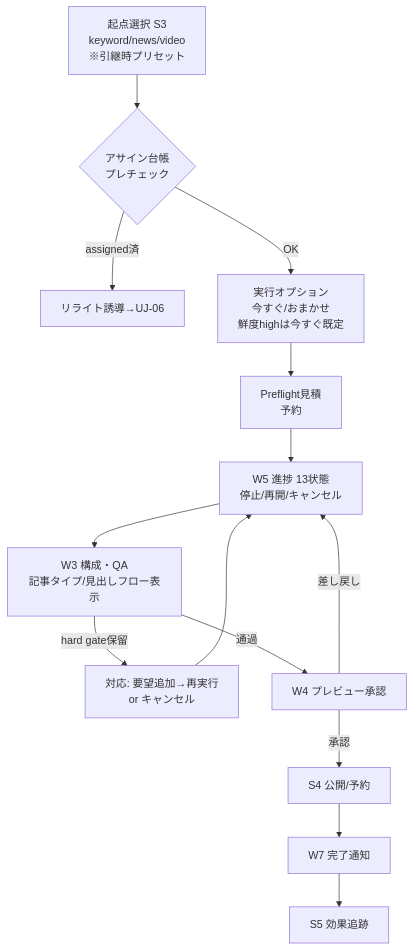
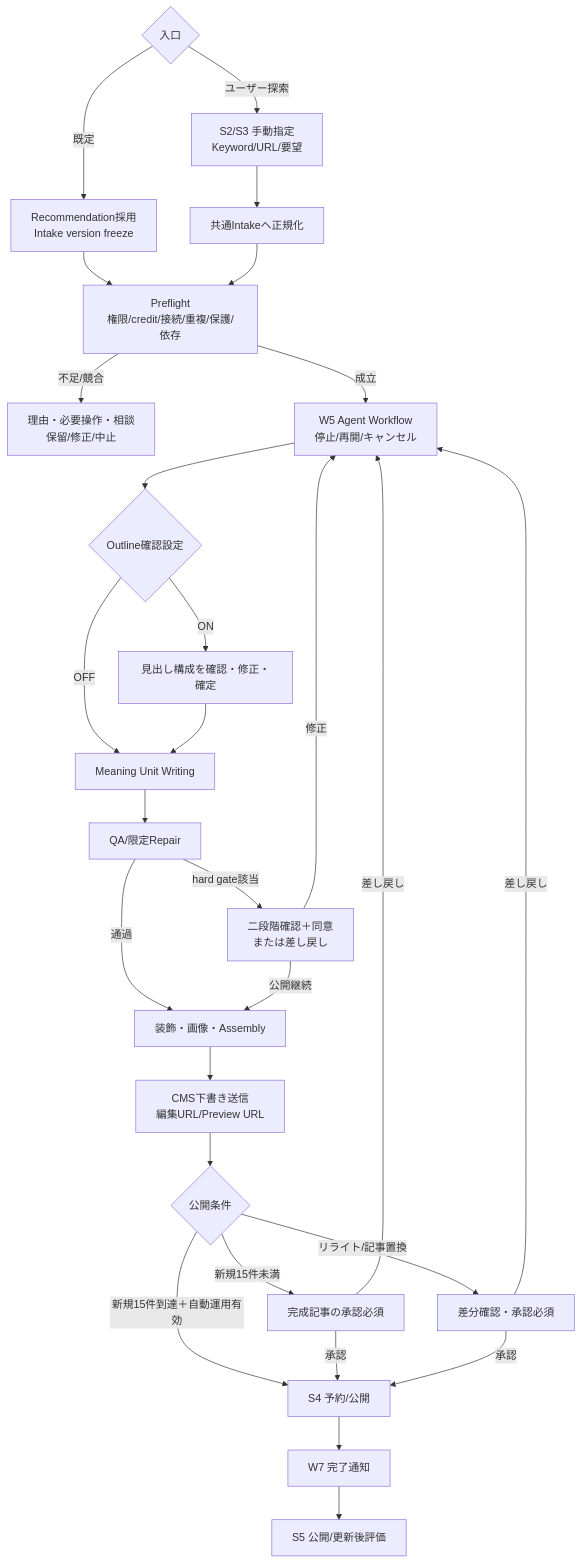
The eighth of 13 diagrams in docs/design/ai-office-de-seo/L3-ui-prototype/ai-office-de-seo-screen-flow_v3.7.md (unison-ai-product/AI-Office-de-SEO), drawn with Mermaid before and after one commit. The commit also changed other lines of this file and 1 other file, not shown here.

Commit message:
align screen flows with current seo lifecycle

````diff
--- a/docs/design/ai-office-de-seo/L3-ui-prototype/ai-office-de-seo-screen-flow_v3.7.md
+++ b/docs/design/ai-office-de-seo/L3-ui-prototype/ai-office-de-seo-screen-flow_v3.7.md
@@ -156,13 +161,29 @@
 ```mermaid
 flowchart TD
-  A[起点選択 S3<br/>keyword/news/video<br/>※引継時プリセット] --> B{アサイン台帳<br/>プレチェック}
-  B -->|assigned済| B2[リライト誘導→UJ-06] 
-  B -->|OK| C[実行オプション<br/>今すぐ/おまかせ<br/>鮮度highは今すぐ既定]
-  C --> D[Preflight見積<br/>予約] --> E[W5 進捗 13状態<br/>停止/再開/キャンセル]
-  E --> F[W3 構成・QA<br/>記事タイプ/見出しフロー表示]
-  F -->|hard gate保留| G[対応: 要望追加→再実行<br/>or キャンセル]
-  G --> E
-  F -->|通過| H[W4 プレビュー承認] -->|承認| I[S4 公開/予約]
-  H -->|差し戻し| E
-  I --> J[W7 完了通知] --> K[S5 効果追跡]
+  A{入口} -->|既定| B[Recommendation採用<br/>Intake version freeze]
+  A -->|ユーザー探索| C[S2/S3 手動指定<br/>Keyword/URL/要望]
+  C --> D[共通Intakeへ正規化]
+  B --> E[Preflight<br/>権限/credit/接続/重複/保護/依存]
+  D --> E
+  E -->|不足/競合| E2[理由・必要操作・相談<br/>保留/修正/中止]
+  E -->|成立| F[W5 Agent Workflow<br/>停止/再開/キャンセル]
+  F --> G{Outline確認設定}
+  G -->|ON| H[見出し構成を確認・修正・確定]
+  G -->|OFF| I[Meaning Unit Writing]
+  H --> I
+  I --> J[QA/限定Repair]
+  J -->|hard gate該当| K[二段階確認＋同意<br/>または差し戻し]
+  J -->|通過| L[装飾・画像・Assembly]
+  K -->|公開継続| L
+  K -->|修正| F
+  L --> M[CMS下書き送信<br/>編集URL/Preview URL]
+  M --> N{公開条件}
+  N -->|新規15件未満| O[完成記事の承認必須]
+  N -->|新規15件到達＋自動運用有効| P[S4 予約/公開]
+  N -->|リライト/記事置換| Q[差分確認・承認必須]
+  O -->|承認| P
+  Q -->|承認| P
+  O -->|差し戻し| F
+  Q -->|差し戻し| F
+  P --> R[W7 完了通知] --> S[S5 公開/更新後評価]
 ```
````
